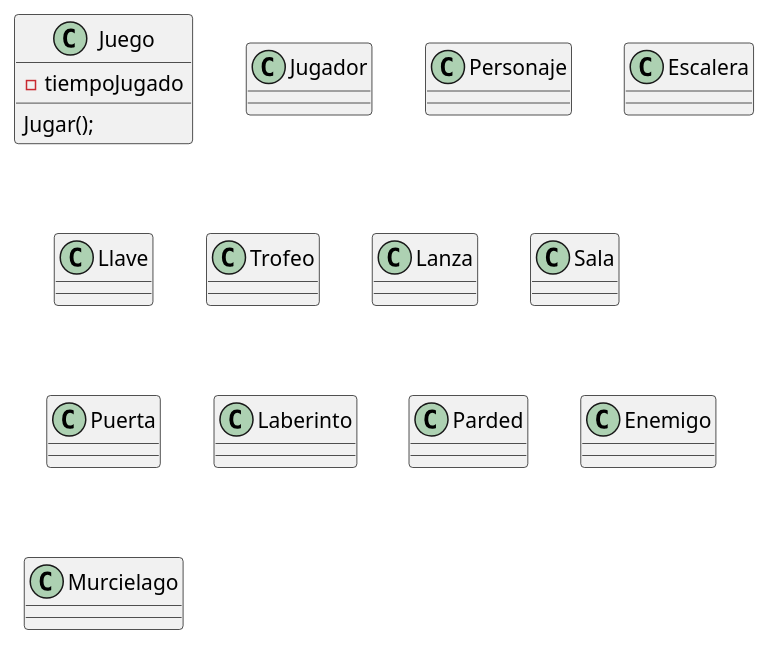
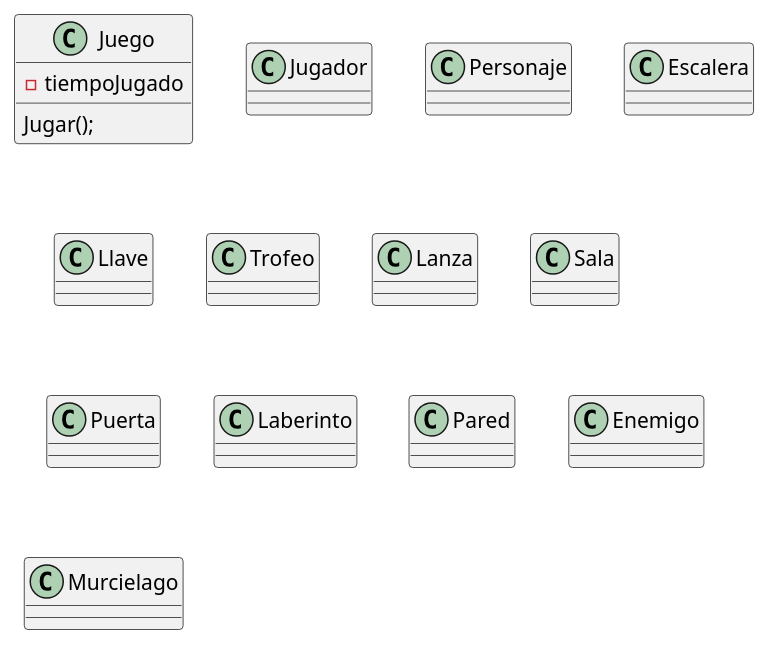
One commit to joseassad13/Adveture_The_Game changed the diagram in docs/adventure.puml. Above: the diagram before and after it, drawn with PlantUML. The commit also changed 13 other files, not shown here.

```diff
--- a/docs/adventure.puml
+++ b/docs/adventure.puml
@@ -1,23 +1,23 @@
 @startuml Adventure
 
 class Juego{
     Jugar();
     -tiempoJugado
 }
 class Jugador
 class Personaje 
 
 class Escalera
 class Llave
 class Trofeo
 class Lanza 
 
 class Sala
 class Puerta 
 class Laberinto
-class Parded
+class Pared
 
 class Enemigo
 class Murcielago
 
 @enduml
```
